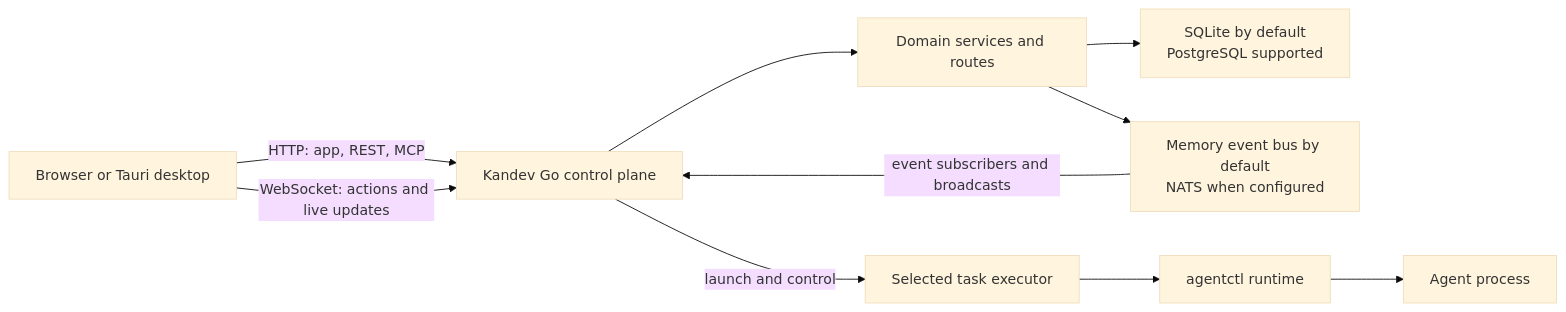
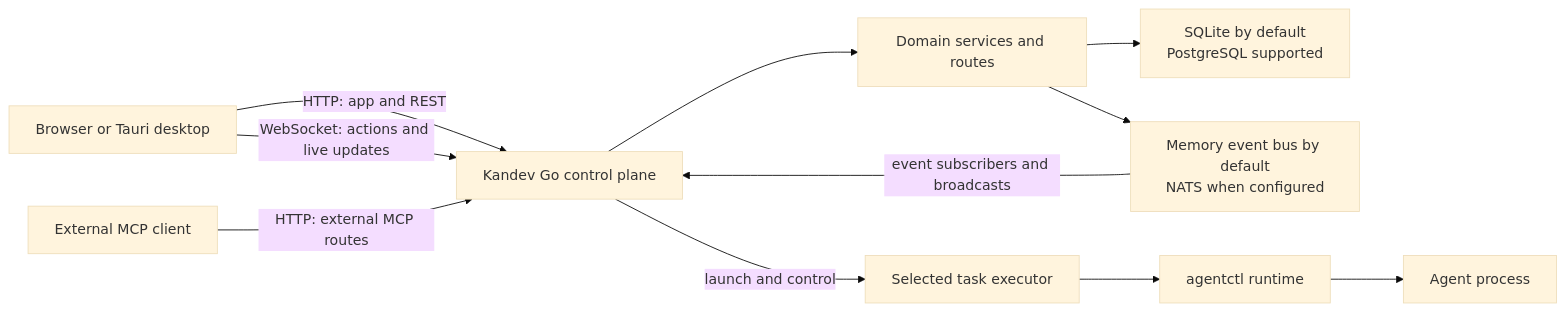
Before and after one commit to collabs-inc/cube-kandev: the diagram in docs/ARCHITECTURE.md, drawn with Mermaid (base theme). The commit also changed other lines of this file, not shown here.

Commit message:
docs: clarify architecture boundaries

````diff
--- a/docs/ARCHITECTURE.md
+++ b/docs/ARCHITECTURE.md
@@ -17,21 +17,23 @@
 ```mermaid
 flowchart LR
     Client["Browser or Tauri desktop"]
     Backend["Kandev Go control plane"]
     Domains["Domain services and routes"]
     Store["SQLite by default<br/>PostgreSQL supported"]
     Bus["Memory event bus by default<br/>NATS when configured"]
+    MCPClient["External MCP client"]
     Executor["Selected task executor"]
     Agentctl["agentctl runtime"]
     Agent["Agent process"]
 
-    Client -->|"HTTP: app, REST, MCP"| Backend
+    Client -->|"HTTP: app and REST"| Backend
     Client -->|"WebSocket: actions and live updates"| Backend
+    MCPClient -->|"HTTP: external MCP routes"| Backend
     Backend --> Domains
     Domains --> Store
     Domains --> Bus
     Bus -->|"event subscribers and broadcasts"| Backend
     Backend -->|"launch and control"| Executor
     Executor --> Agentctl
     Agentctl --> Agent
 ```
````
